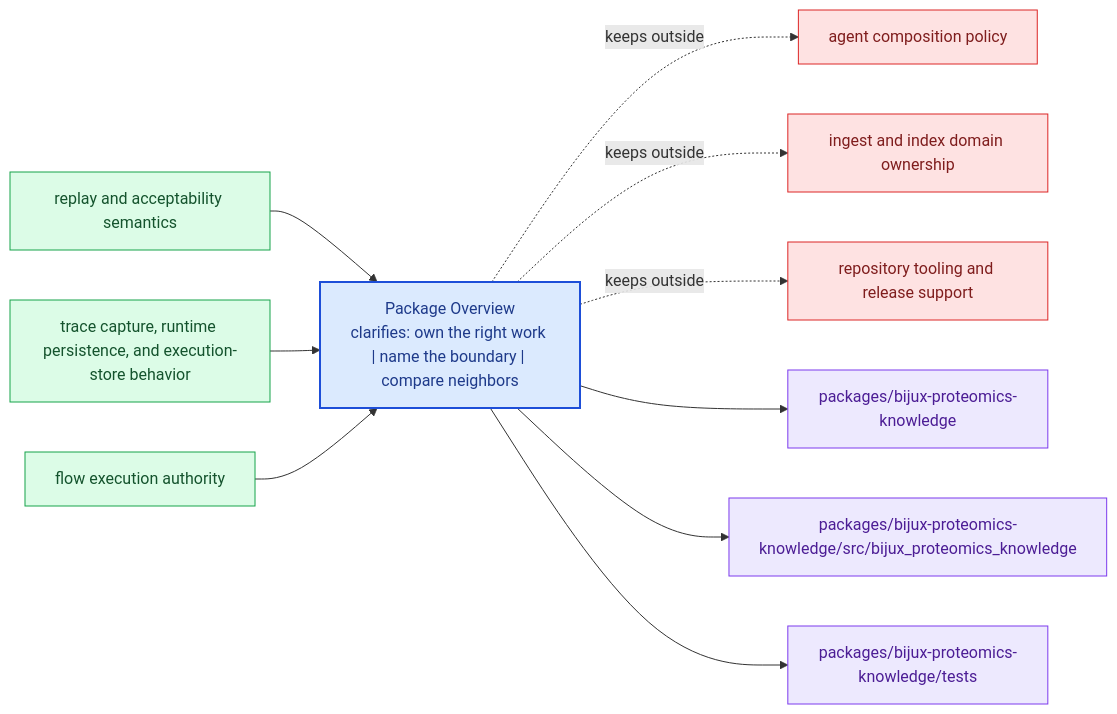
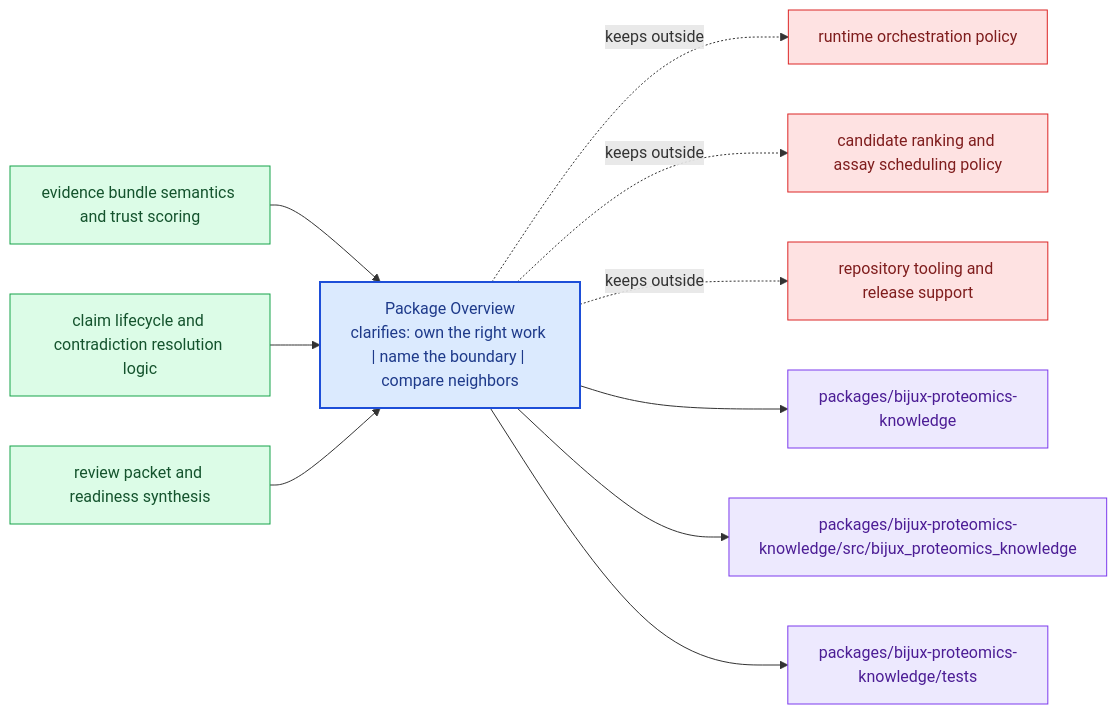
Before and after one commit to bijux/bijux-proteomics: the diagram in docs/bijux-proteomics-knowledge/foundation/package-overview.md, drawn with Mermaid. The commit also changed other lines of this file and 24 other files, not shown here.

Commit message:
docs(bijux-proteomics-knowledge): align handbook with evidence and claim system boundaries

````diff
--- a/docs/bijux-proteomics-knowledge/foundation/package-overview.md
+++ b/docs/bijux-proteomics-knowledge/foundation/package-overview.md
@@ -23,31 +25,31 @@
 ```mermaid
 flowchart LR
     page["Package Overview<br/>clarifies: own the right work | name the boundary | compare neighbors"]
     classDef page fill:#dbeafe,stroke:#1d4ed8,color:#1e3a8a,stroke-width:2px;
     classDef positive fill:#dcfce7,stroke:#16a34a,color:#14532d;
     classDef caution fill:#fee2e2,stroke:#dc2626,color:#7f1d1d;
     classDef anchor fill:#ede9fe,stroke:#7c3aed,color:#4c1d95;
     classDef action fill:#fef3c7,stroke:#d97706,color:#7c2d12;
-    own1["replay and acceptability semantics"]
+    own1["evidence bundle semantics and trust scoring"]
     own1 --> page
-    own2["trace capture, runtime persistence, and execution-store behavior"]
+    own2["claim lifecycle and contradiction resolution logic"]
     own2 --> page
-    own3["flow execution authority"]
+    own3["review packet and readiness synthesis"]
     own3 --> page
-    limit1["agent composition policy"]
+    limit1["runtime orchestration policy"]
     page -.keeps outside.-> limit1
-    limit2["ingest and index domain ownership"]
+    limit2["candidate ranking and assay scheduling policy"]
     page -.keeps outside.-> limit2
     limit3["repository tooling and release support"]
     page -.keeps outside.-> limit3
     anchor1["packages/bijux-proteomics-knowledge"]
     page --> anchor1
     anchor2["packages/bijux-proteomics-knowledge/src/bijux_proteomics_knowledge"]
     page --> anchor2
     anchor3["packages/bijux-proteomics-knowledge/tests"]
     page --> anchor3
     class page page;
     class own1,own2,own3 positive;
     class limit1,limit2,limit3 caution;
     class anchor1,anchor2,anchor3 anchor;
 ```
````
